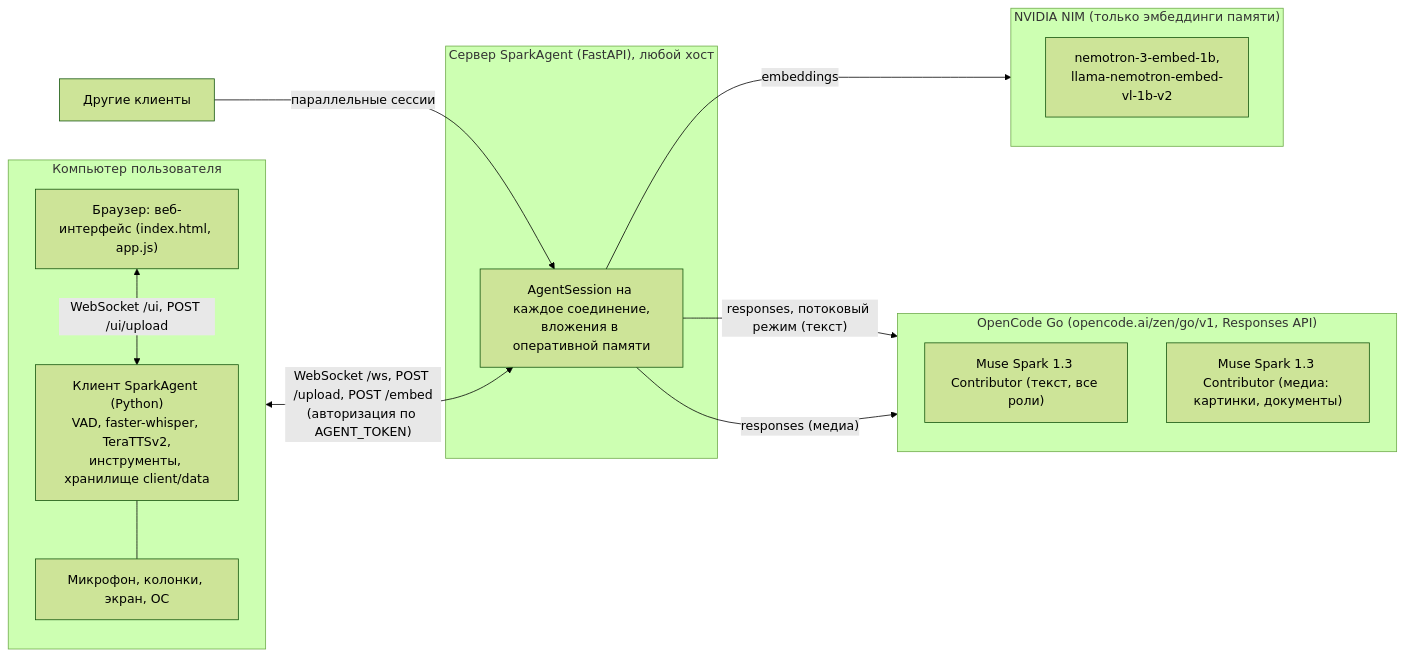
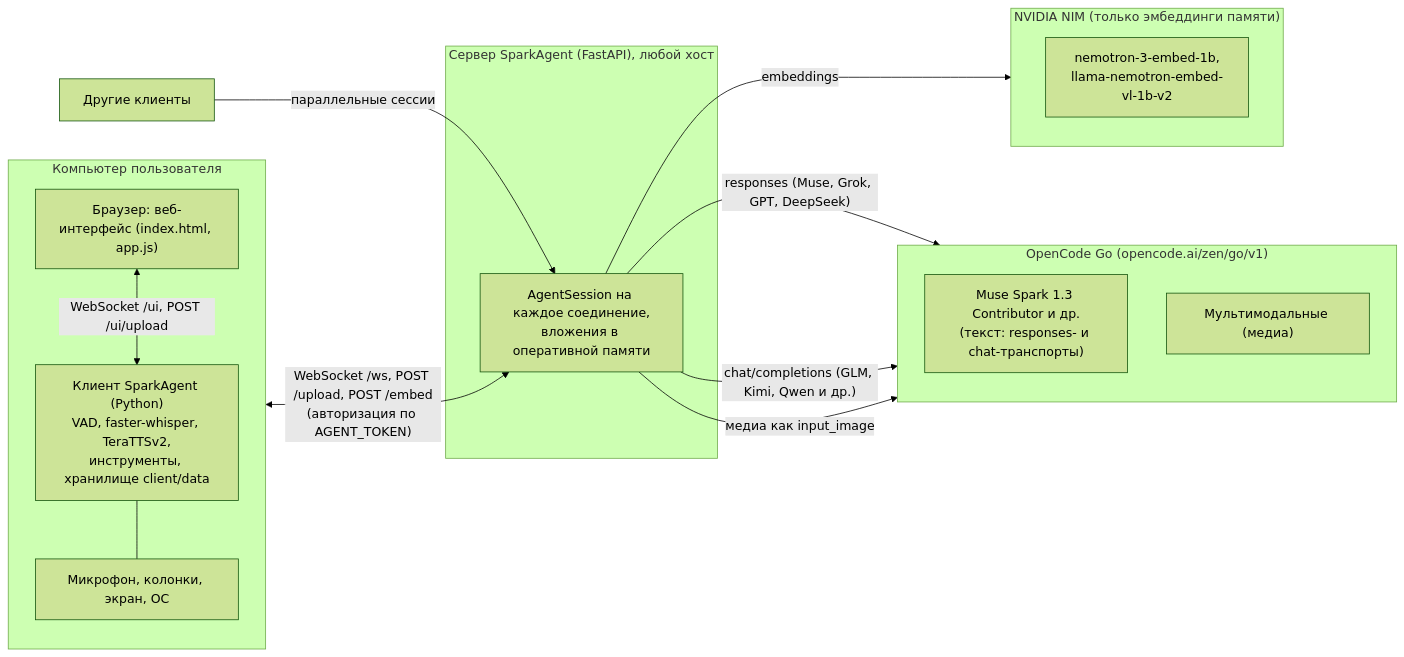
One commit to ALeksandr13254/SparkAgent changed the first of 6 diagrams in README.md. Above: the diagram before and after it, drawn with Mermaid (forest theme). The commit also changed other lines of this file and 9 other files, not shown here.

Commit message:
SparkAgent: all Go models switchable per role, chat transport, per-role reasoning effort

````diff
--- a/README.md
+++ b/README.md
@@ -65,32 +67,33 @@
 ```mermaid
 flowchart LR
     subgraph PC["Компьютер пользователя"]
         direction TB
         BR["Браузер: веб-интерфейс (index.html, app.js)"]
         CL["Клиент SparkAgent (Python)<br/>VAD, faster-whisper, TeraTTSv2,<br/>инструменты, хранилище client/data"]
         HW["Микрофон, колонки, экран, ОС"]
         BR <-- "WebSocket /ui, POST /ui/upload" --> CL
         CL --- HW
     end
 
     subgraph SRV["Сервер SparkAgent (FastAPI), любой хост"]
         SS["AgentSession на каждое соединение,<br/>вложения в оперативной памяти"]
     end
 
-    subgraph GO["OpenCode Go (opencode.ai/zen/go/v1, Responses API)"]
+    subgraph GO["OpenCode Go (opencode.ai/zen/go/v1)"]
         direction TB
-        M1["Muse Spark 1.3 Contributor (текст, все роли)"]
-        M2["Muse Spark 1.3 Contributor (медиа: картинки, документы)"]
+        M1["Muse Spark 1.3 Contributor и др.<br/>(текст: responses- и chat-транспорты)"]
+        M2["Мультимодальные (медиа)"]
     end
 
     subgraph NIM["NVIDIA NIM (только эмбеддинги памяти)"]
         direction TB
         M3["nemotron-3-embed-1b,<br/>llama-nemotron-embed-vl-1b-v2"]
     end
 
     OTHER["Другие клиенты"] -- "параллельные сессии" --> SS
     CL <-- "WebSocket /ws, POST /upload, POST /embed<br/>(авторизация по AGENT_TOKEN)" --> SS
-    SS -- "responses, потоковый режим (текст)" --> M1
-    SS -- "responses (медиа)" --> M2
+    SS -- "responses (Muse, Grok, GPT, DeepSeek)" --> M1
+    SS -- "chat/completions (GLM, Kimi, Qwen и др.)" --> M1
+    SS -- "медиа как input_image" --> M2
     SS -- "embeddings" --> M3
 ```
````
